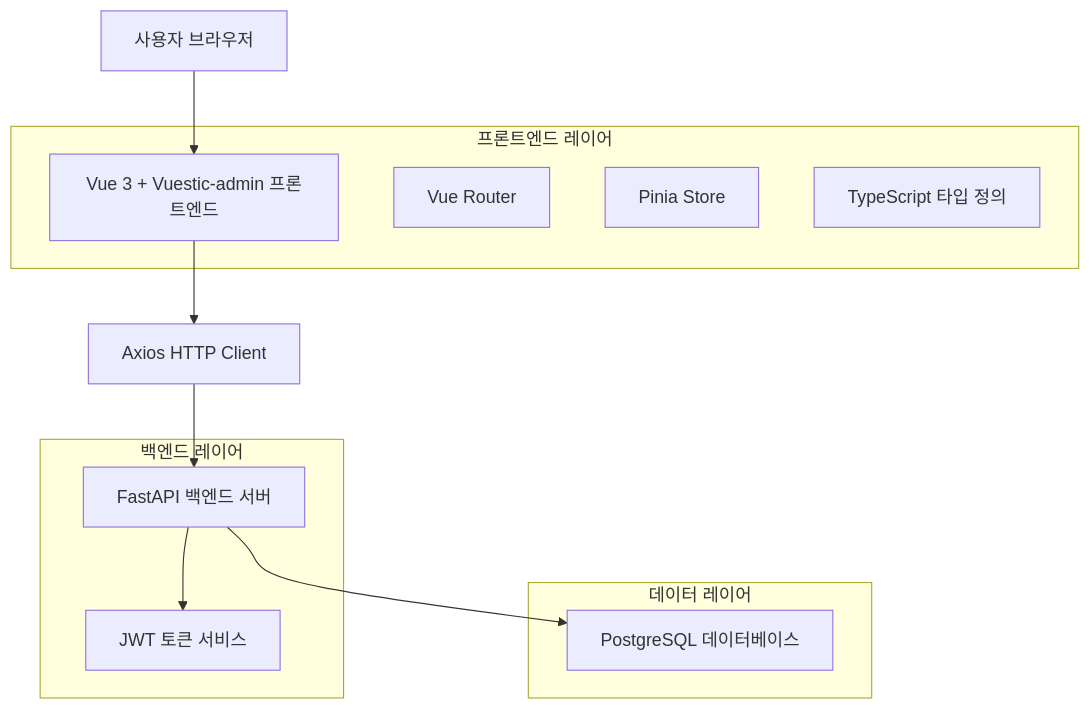
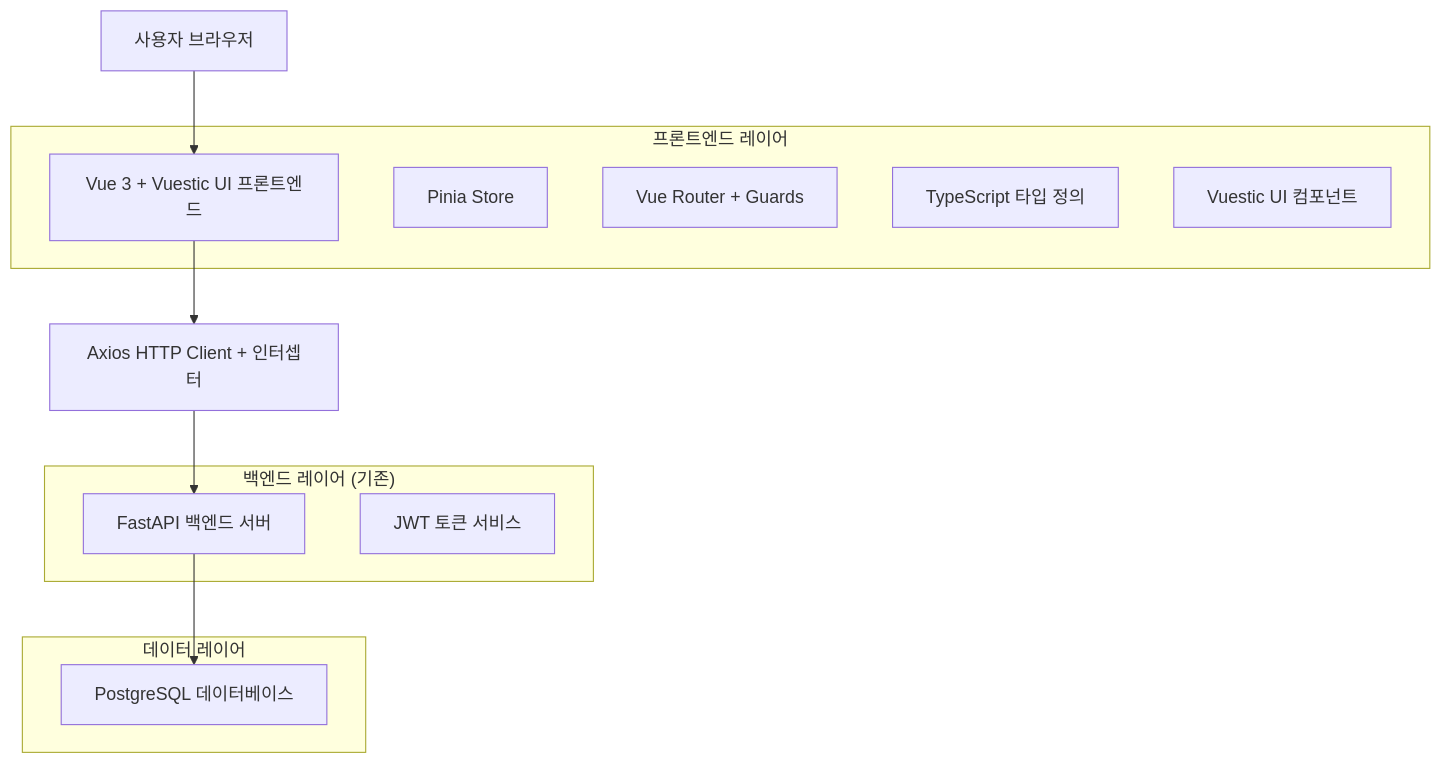
The first of 3 diagrams in .trae/documents/admin_site_technical_architecture.md (moon4656/skyboot.core), drawn with Mermaid before and after one commit. The commit also changed other lines of this file and 77 other files, not shown here.

````diff
--- a/.trae/documents/admin_site_technical_architecture.md
+++ b/.trae/documents/admin_site_technical_architecture.md
@@ -5,24 +5,24 @@
 ```mermaid
 graph TD
-    A[사용자 브라우저] --> B[Vue 3 + Vuestic-admin 프론트엔드]
-    B --> C[Axios HTTP Client]
+    A[사용자 브라우저] --> B[Vue 3 + Vuestic UI 프론트엔드]
+    B --> C[Axios HTTP Client + 인터셉터]
     C --> D[FastAPI 백엔드 서버]
     D --> E[PostgreSQL 데이터베이스]
-    D --> F[JWT 토큰 서비스]
     
     subgraph "프론트엔드 레이어"
         B
-        G[Vue Router]
-        H[Pinia Store]
-        I[TypeScript 타입 정의]
+        F[Pinia Store]
+        G[Vue Router + Guards]
+        H[TypeScript 타입 정의]
+        I[Vuestic UI 컴포넌트]
     end
     
-    subgraph "백엔드 레이어"
+    subgraph "백엔드 레이어 (기존)"
         D
-        F
+        J[JWT 토큰 서비스]
     end
     
     subgraph "데이터 레이어"
         E
     end
 ```
````
